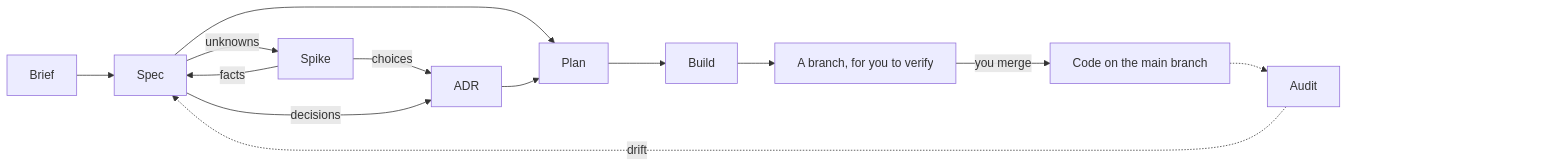
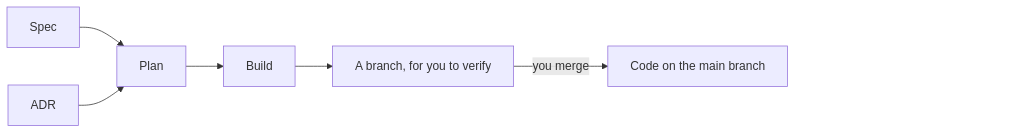
The second of 3 diagrams in README.md (michaelmarconi/agentic-engineering), drawn with Mermaid before and after one commit. The commit also changed other lines of this file and 1 other file, not shown here.

First line of the commit message:
Split the lifecycle diagram into three smaller ones

````diff
--- a/README.md
+++ b/README.md
@@ -103,17 +116,10 @@
 ```mermaid
 flowchart LR
-    Brief --> Spec
-    Spec -->|unknowns| Spike
-    Spike -->|facts| Spec
-    Spike -->|choices| ADR
-    Spec -->|decisions| ADR
     Spec --> Plan
     ADR --> Plan
     Plan --> Build
     Build --> Branch[A branch, for you to verify]
     Branch -->|you merge| Code[Code on the main branch]
-    Code -.-> Audit
-    Audit -.->|drift| Spec
-    Audit ~~~ Pad["#nbsp;#nbsp;#nbsp;#nbsp;#nbsp;#nbsp;#nbsp;#nbsp;#nbsp;#nbsp;#nbsp;#nbsp;#nbsp;#nbsp;#nbsp;#nbsp;#nbsp;#nbsp;#nbsp;#nbsp;#nbsp;#nbsp;#nbsp;#nbsp;#nbsp;#nbsp;#nbsp;#nbsp;#nbsp;#nbsp;#nbsp;#nbsp;#nbsp;#nbsp;#nbsp;#nbsp;#nbsp;#nbsp;#nbsp;#nbsp;"]
+    Code ~~~ Pad["#nbsp;#nbsp;#nbsp;#nbsp;#nbsp;#nbsp;#nbsp;#nbsp;#nbsp;#nbsp;#nbsp;#nbsp;#nbsp;#nbsp;#nbsp;#nbsp;#nbsp;#nbsp;#nbsp;#nbsp;#nbsp;#nbsp;#nbsp;#nbsp;#nbsp;#nbsp;#nbsp;#nbsp;#nbsp;#nbsp;#nbsp;#nbsp;#nbsp;#nbsp;#nbsp;#nbsp;#nbsp;#nbsp;#nbsp;#nbsp;"]
     style Pad fill:none,stroke:none
 ```
````
